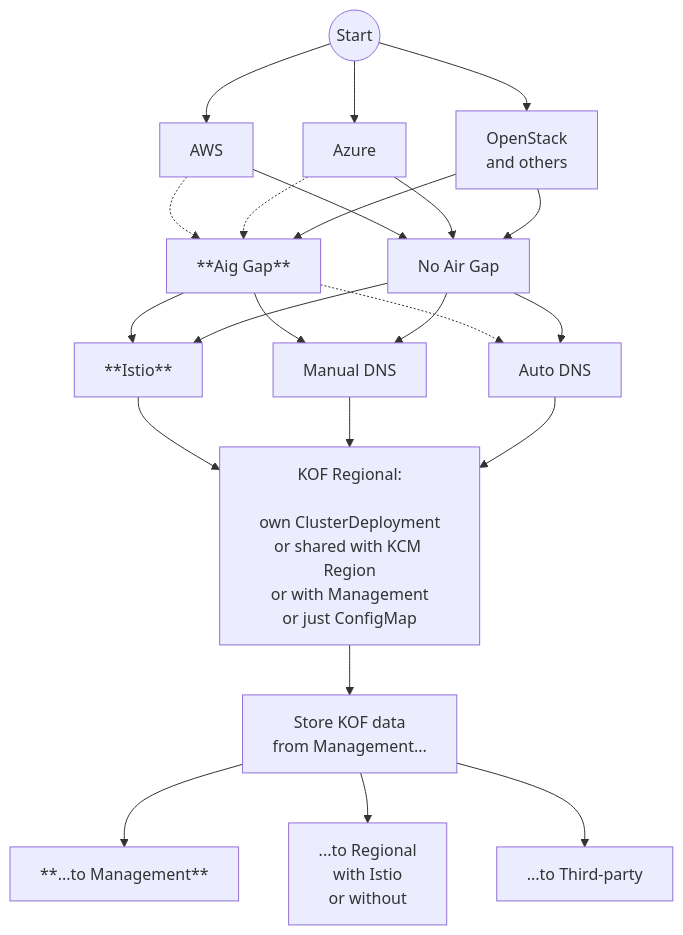
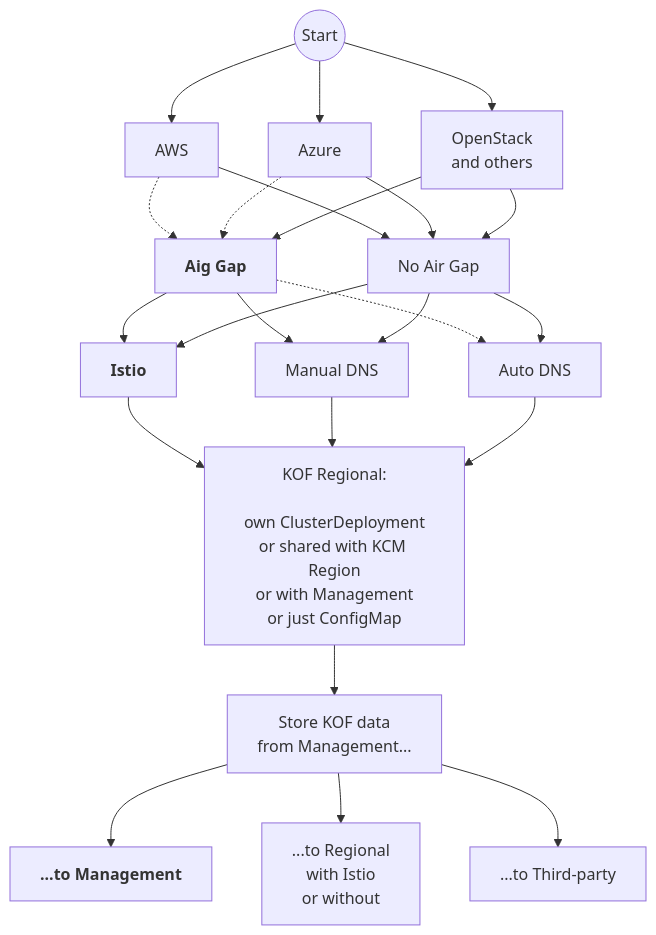
Before and after one commit to k0rdent/docs: the diagram in docs/admin/kof/kof-install.md, drawn with Mermaid.

Commit message:
Fix bolding in Mermaid diagram

````diff
--- a/docs/admin/kof/kof-install.md
+++ b/docs/admin/kof/kof-install.md
@@ -7,26 +7,26 @@
 ```mermaid
 flowchart TD
     S((Start))
     S --> AWS[AWS]
     S --> AZ[Azure]
     S --> OS[OpenStack<br>and others]
-    AWS -.-> AG[**Aig Gap**]
+    AWS -.-> AG[<b>Aig Gap</b>]
     AZ -.-> AG
     OS --> AG
     AWS --> NAG[No Air Gap]
     AZ --> NAG
     OS --> NAG
-    AG --> I[**Istio**]
+    AG --> I[<b>Istio</b>]
     AG --> MD[Manual DNS]
     AG -.-> AD[Auto DNS]
     NAG --> I
     NAG --> MD
     NAG --> AD
     I --> R[KOF Regional:<br><br>own ClusterDeployment<br>or shared with KCM Region<br>or with Management<br>or just ConfigMap]
     MD --> R
     AD --> R
     R --> M2[Store KOF data<br>from Management...]
-    M2 --> M2M[**...to Management**]
+    M2 --> M2M[<b>...to Management</b>]
     M2 --> M2R[...to Regional<br>with Istio<br>or without]
     M2 --> M2TP[...to Third-party]
 ```
````
